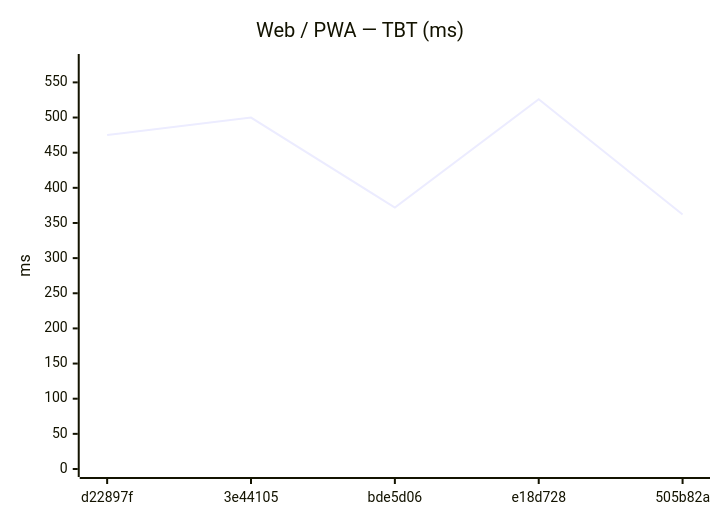
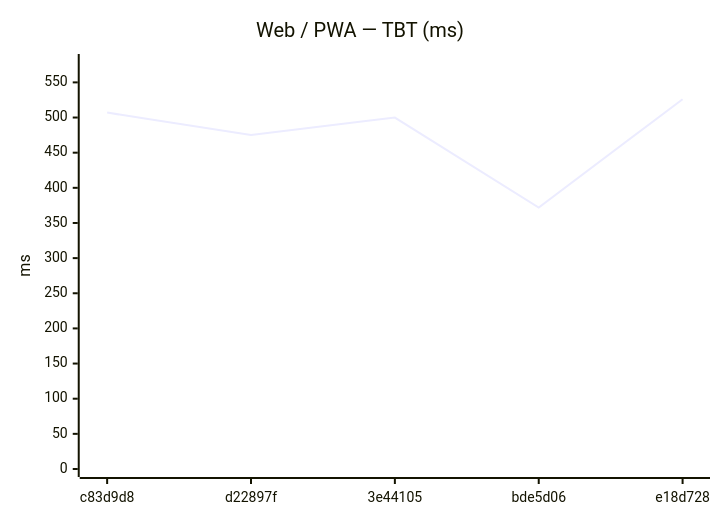
One commit to Metaheurist/Rianell changed the eighth of 18 diagrams in benchmarks/compare.md. Above: the diagram before and after it, drawn with Mermaid. The commit also changed other lines of this file and 11 other files, not shown here.

````diff
--- a/benchmarks/compare.md
+++ b/benchmarks/compare.md
@@ -124,7 +124,7 @@
 ```mermaid
 xychart-beta
     title "Web / PWA — TBT (ms)"
-    x-axis ["d22897f", "3e44105", "bde5d06", "e18d728", "505b82a"]
+    x-axis ["c83d9d8", "d22897f", "3e44105", "bde5d06", "e18d728"]
     y-axis "ms" 0 --> 579
-    line [475, 500, 372, 526, 362]
+    line [507, 475, 500, 372, 526]
 ```
````
